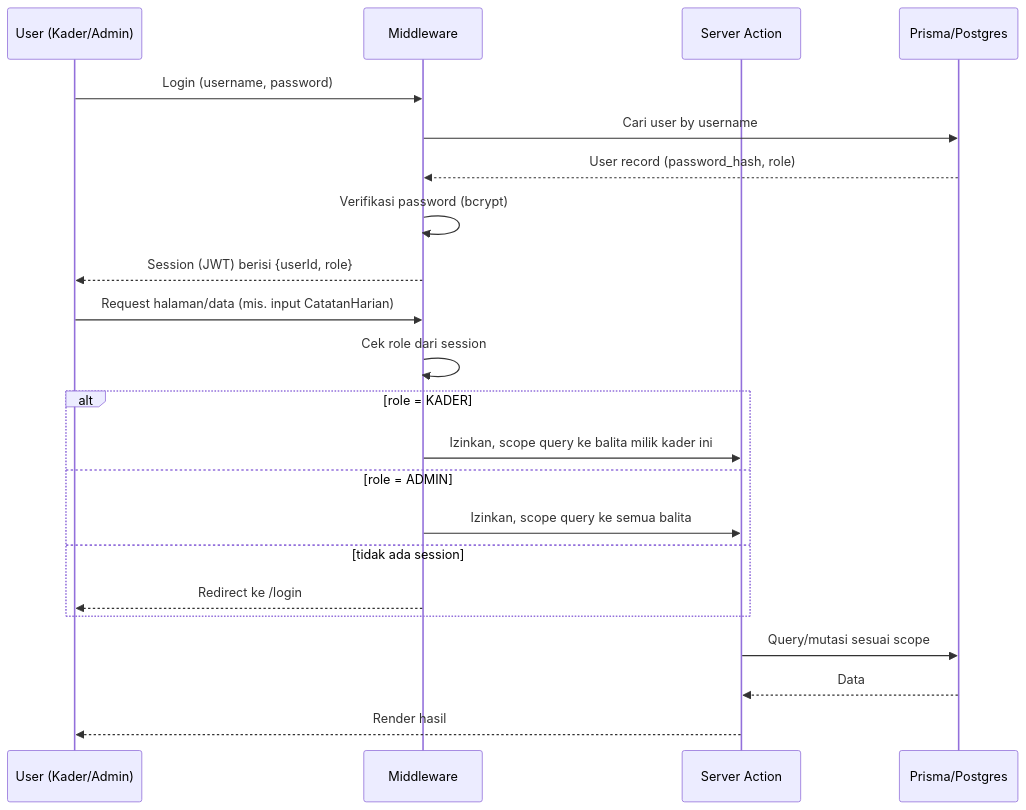
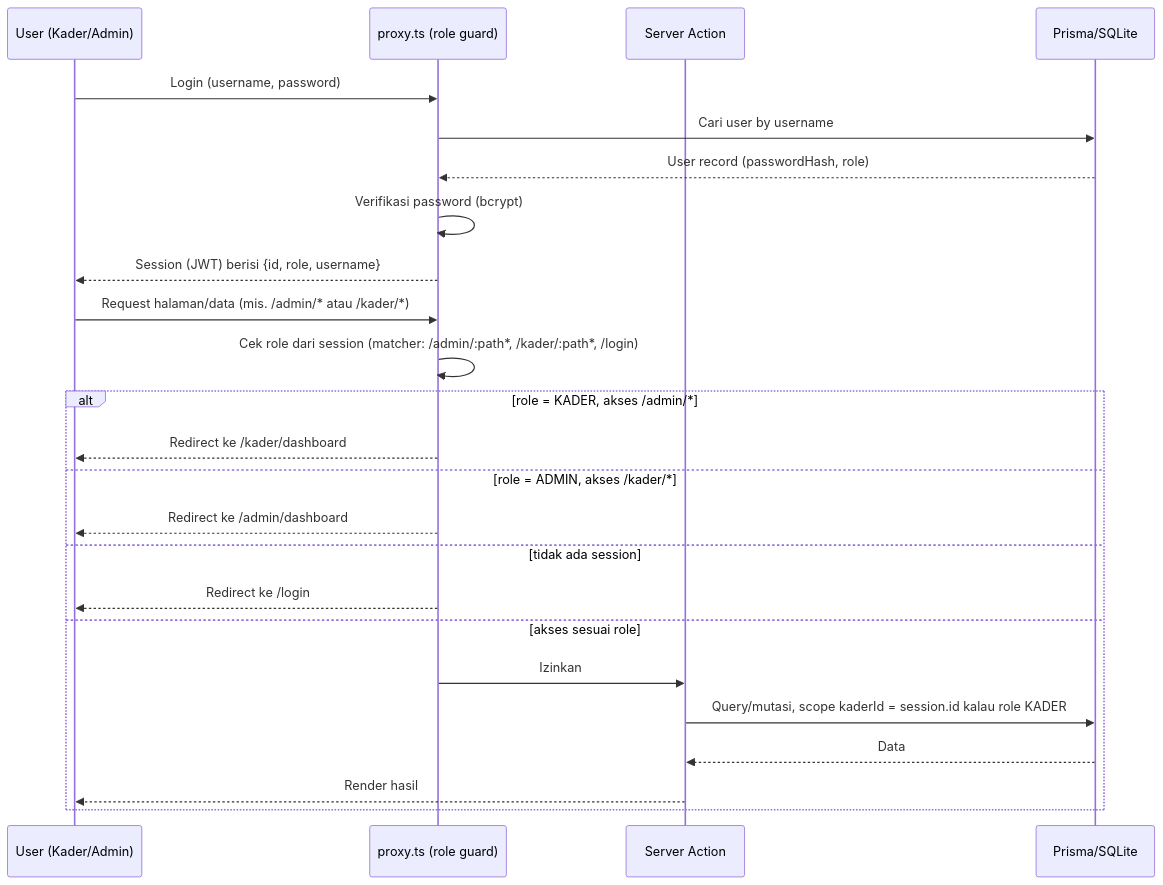
One commit to Makipak/pakanBayi changed the second of 5 diagrams in architecture.md. Above: the diagram before and after it, drawn with Mermaid. The commit also changed other lines of this file and 7 other files, not shown here.

````diff
--- a/architecture.md
+++ b/architecture.md
@@ -45,26 +50,28 @@
 ```mermaid
 sequenceDiagram
     participant U as User (Kader/Admin)
-    participant M as Middleware
+    participant P as proxy.ts (role guard)
     participant S as Server Action
-    participant DB as Prisma/Postgres
+    participant DB as Prisma/SQLite
 
-    U->>M: Login (username, password)
-    M->>DB: Cari user by username
-    DB-->>M: User record (password_hash, role)
-    M->>M: Verifikasi password (bcrypt)
-    M-->>U: Session (JWT) berisi {userId, role}
+    U->>P: Login (username, password)
+    P->>DB: Cari user by username
+    DB-->>P: User record (passwordHash, role)
+    P->>P: Verifikasi password (bcrypt)
+    P-->>U: Session (JWT) berisi {id, role, username}
 
-    U->>M: Request halaman/data (mis. input CatatanHarian)
-    M->>M: Cek role dari session
-    alt role = KADER
-        M->>S: Izinkan, scope query ke balita milik kader ini
-    else role = ADMIN
-        M->>S: Izinkan, scope query ke semua balita
+    U->>P: Request halaman/data (mis. /admin/* atau /kader/*)
+    P->>P: Cek role dari session (matcher: /admin/:path*, /kader/:path*, /login)
+    alt role = KADER, akses /admin/*
+        P-->>U: Redirect ke /kader/dashboard
+    else role = ADMIN, akses /kader/*
+        P-->>U: Redirect ke /admin/dashboard
     else tidak ada session
-        M-->>U: Redirect ke /login
+        P-->>U: Redirect ke /login
+    else akses sesuai role
+        P->>S: Izinkan
+        S->>DB: Query/mutasi, scope kaderId = session.id kalau role KADER
+        DB-->>S: Data
+        S-->>U: Render hasil
     end
-    S->>DB: Query/mutasi sesuai scope
-    DB-->>S: Data
-    S-->>U: Render hasil
 ```
````
